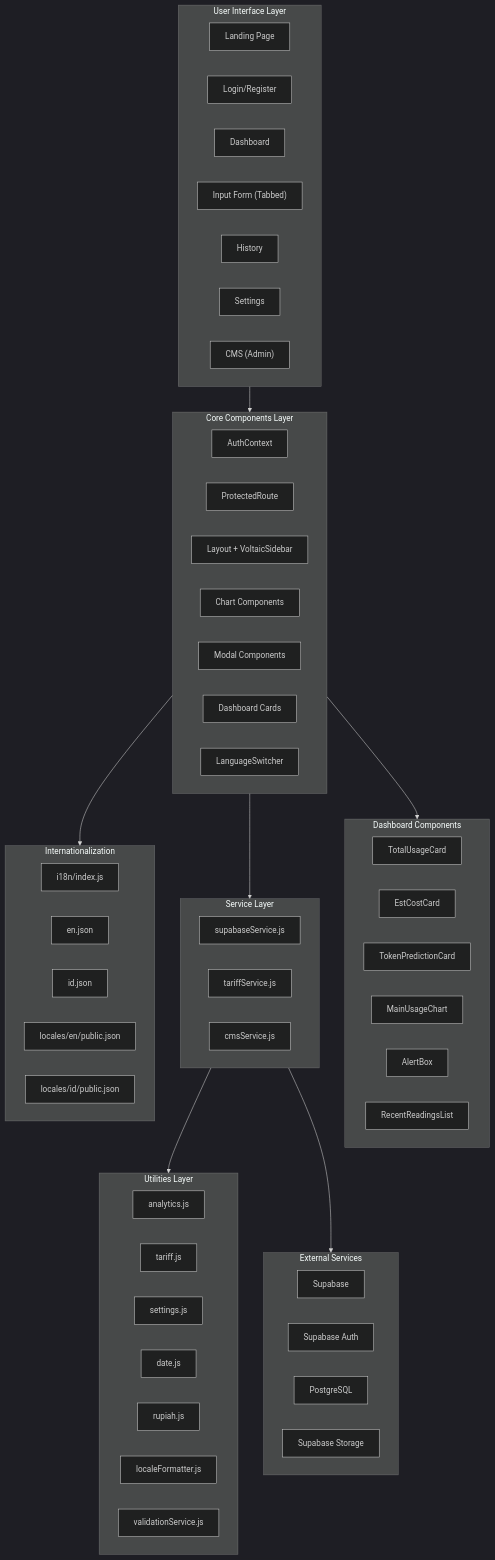
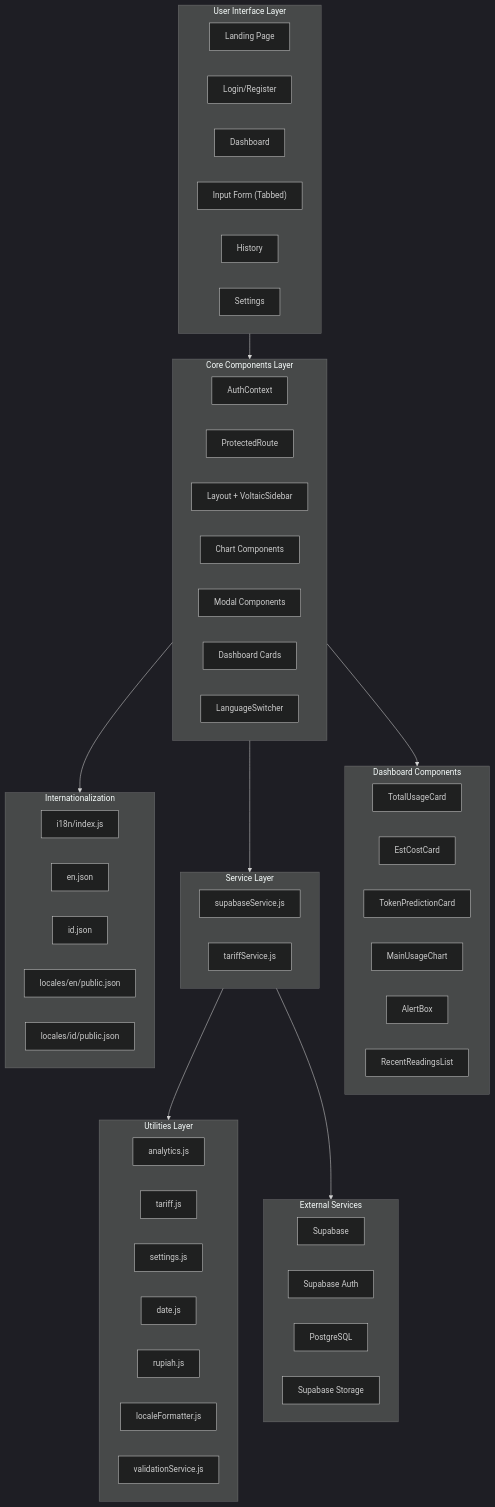
One commit to ilhaminudin24/electricity-monitoring-mobile changed the second of 31 diagrams in CORE_PROCESSES.md. Above: the diagram before and after it, drawn with Mermaid (dark theme). The commit also changed other lines of this file and 75 other files, not shown here.

````diff
--- a/CORE_PROCESSES.md
+++ b/CORE_PROCESSES.md
@@ -65,69 +67,67 @@
 ```mermaid
 flowchart TB
     subgraph UserInterface["User Interface Layer"]
         Landing["Landing Page"]
         Login["Login/Register"]
         Dashboard["Dashboard"]
         InputForm["Input Form (Tabbed)"]
         History["History"]
         Settings["Settings"]
-        CMS["CMS (Admin)"]
     end
     
     subgraph CoreComponents["Core Components Layer"]
         AuthContext["AuthContext"]
         ProtectedRoute["ProtectedRoute"]
         Layout["Layout + VoltaicSidebar"]
         Charts["Chart Components"]
         Modals["Modal Components"]
         DashboardCards["Dashboard Cards"]
         LangSwitcher["LanguageSwitcher"]
     end
     
     subgraph DashboardComponents["Dashboard Components"]
         TotalUsageCard["TotalUsageCard"]
         EstCostCard["EstCostCard"]
         TokenPrediction["TokenPredictionCard"]
         MainUsageChart["MainUsageChart"]
         AlertBox["AlertBox"]
         RecentReadings["RecentReadingsList"]
     end
     
     subgraph Services["Service Layer"]
         SupabaseService["supabaseService.js"]
         TariffService["tariffService.js"]
-        CMSService["cmsService.js"]
     end
     
     subgraph Utils["Utilities Layer"]
         Analytics["analytics.js"]
         Tariff["tariff.js"]
         SettingsUtil["settings.js"]
         DateUtil["date.js"]
         RupiahUtil["rupiah.js"]
         LocaleFormatter["localeFormatter.js"]
         ValidationService["validationService.js"]
     end
     
     subgraph i18nLayer["Internationalization"]
         i18nConfig["i18n/index.js"]
         EnLocale["en.json"]
         IdLocale["id.json"]
         EnPublic["locales/en/public.json"]
         IdPublic["locales/id/public.json"]
     end
     
     subgraph External["External Services"]
         Supabase["Supabase"]
         SupabaseAuth["Supabase Auth"]
         SupabaseDB["PostgreSQL"]
         SupabaseStorage["Supabase Storage"]
     end
     
     UserInterface --> CoreComponents
     CoreComponents --> DashboardComponents
     CoreComponents --> Services
     Services --> Utils
     Services --> External
     CoreComponents --> i18nLayer
 ```
````
